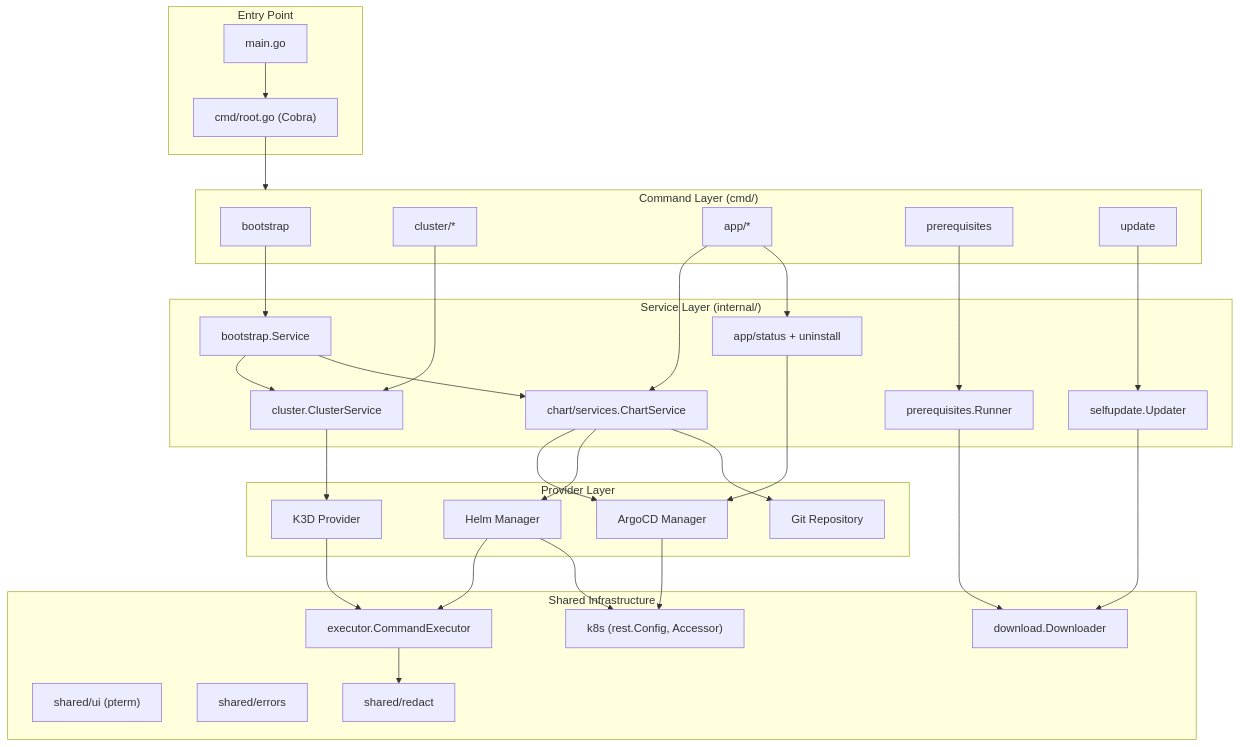
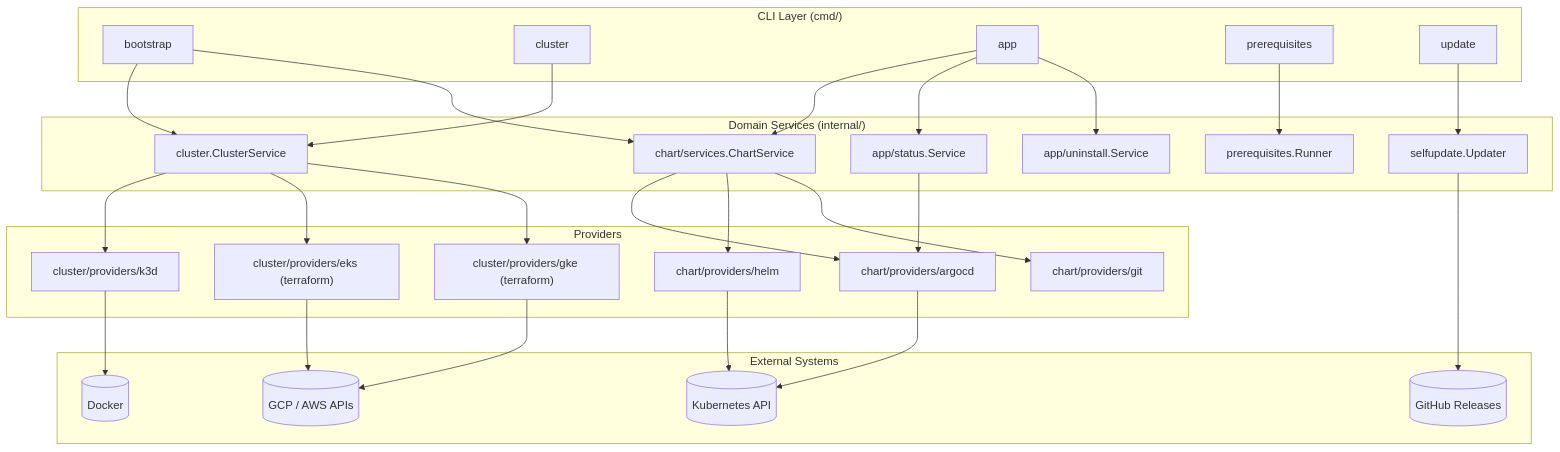
One commit to flamingo-stack/openframe-cli changed the first of 3 diagrams in docs/development/architecture/README.md. Above: the diagram before and after it, drawn with Mermaid. The commit also changed other lines of this file and 9 other files, not shown here.

````diff
--- a/docs/development/architecture/README.md
+++ b/docs/development/architecture/README.md
@@ -11,65 +7,59 @@
 ```mermaid
 graph TB
-    subgraph Entry["Entry Point"]
-        main["main.go"]
-        root["cmd/root.go (Cobra)"]
+    subgraph "CLI Layer (cmd/)"
+        Bootstrap[bootstrap]
+        Cluster[cluster]
+        App[app]
+        Prereq[prerequisites]
+        Update[update]
     end
 
-    subgraph Commands["Command Layer (cmd/)"]
-        bootstrap["bootstrap"]
-        cluster["cluster/*"]
-        app["app/*"]
-        prereq["prerequisites"]
-        update["update"]
+    subgraph "Domain Services (internal/)"
+        ClusterSvc["cluster.ClusterService"]
+        ChartSvc["chart/services.ChartService"]
+        AppStatus["app/status.Service"]
+        AppUninstall["app/uninstall.Service"]
+        PrereqFw["prerequisites.Runner"]
+        SelfUpdate["selfupdate.Updater"]
     end
 
-    subgraph Services["Service Layer (internal/)"]
-        bsvc["bootstrap.Service"]
-        csvc["cluster.ClusterService"]
-        chsvc["chart/services.ChartService"]
-        appsvc["app/status + uninstall"]
-        prefw["prerequisites.Runner"]
-        supdater["selfupdate.Updater"]
+    subgraph "Providers"
+        K3d["cluster/providers/k3d"]
+        EKS["cluster/providers/eks (terraform)"]
+        GKE["cluster/providers/gke (terraform)"]
+        ArgoCD["chart/providers/argocd"]
+        Helm["chart/providers/helm"]
+        Git["chart/providers/git"]
     end
 
-    subgraph Providers["Provider Layer"]
-        k3dp["K3D Provider"]
-        argop["ArgoCD Manager"]
-        helmp["Helm Manager"]
-        gitp["Git Repository"]
+    subgraph "External Systems"
+        Docker[(Docker)]
+        K8sAPI[(Kubernetes API)]
+        CloudAPI[(GCP / AWS APIs)]
+        GitHub[(GitHub Releases)]
     end
 
-    subgraph Shared["Shared Infrastructure"]
-        exec["executor.CommandExecutor"]
-        k8spkg["k8s (rest.Config, Accessor)"]
-        uipkg["shared/ui (pterm)"]
-        errpkg["shared/errors"]
-        redact["shared/redact"]
-        dl["download.Downloader"]
-    end
+    Bootstrap --> ClusterSvc
+    Bootstrap --> ChartSvc
+    Cluster --> ClusterSvc
+    App --> ChartSvc
+    App --> AppStatus
+    App --> AppUninstall
+    Prereq --> PrereqFw
+    Update --> SelfUpdate
 
-    main --> root
-    root --> Commands
-    bootstrap --> bsvc
-    cluster --> csvc
-    app --> chsvc
-    app --> appsvc
-    prereq --> prefw
-    update --> supdater
+    ClusterSvc --> K3d
+    ClusterSvc --> EKS
+    ClusterSvc --> GKE
+    ChartSvc --> ArgoCD
+    ChartSvc --> Helm
+    ChartSvc --> Git
+    AppStatus --> ArgoCD
 
-    bsvc --> csvc
-    bsvc --> chsvc
-    csvc --> k3dp
-    chsvc --> argop
-    chsvc --> helmp
-    chsvc --> gitp
-    appsvc --> argop
-
-    k3dp --> exec
-    helmp --> exec
-    argop --> k8spkg
-    helmp --> k8spkg
-    prefw --> dl
-    supdater --> dl
-    exec --> redact
+    K3d --> Docker
+    EKS --> CloudAPI
+    GKE --> CloudAPI
+    ArgoCD --> K8sAPI
+    Helm --> K8sAPI
+    SelfUpdate --> GitHub
 ```
````
